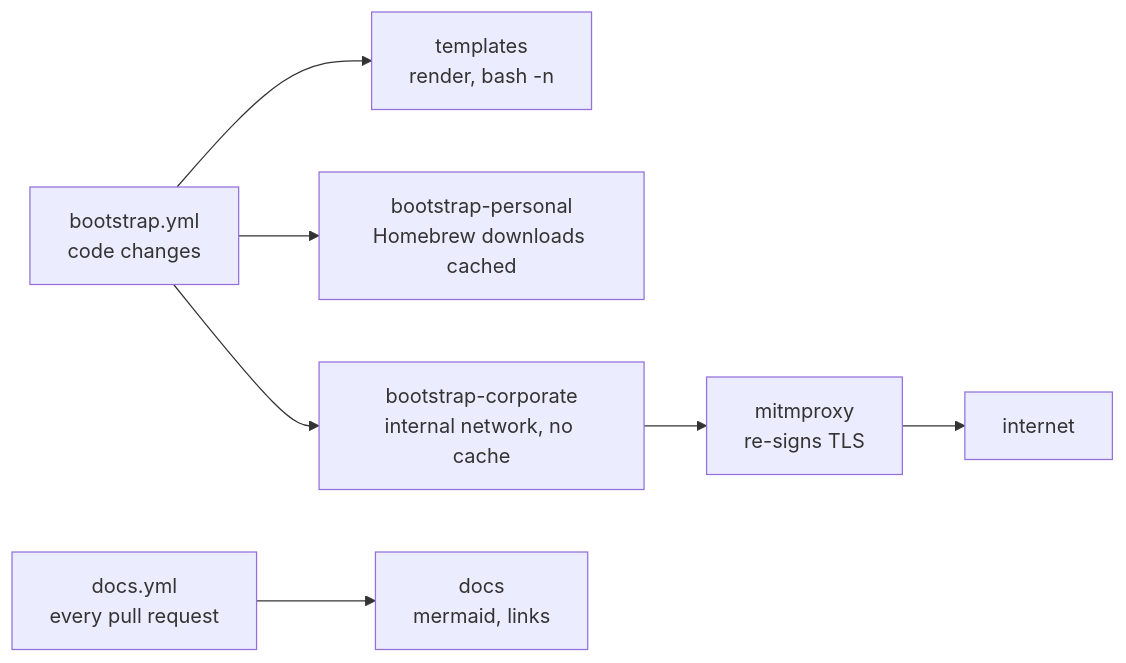
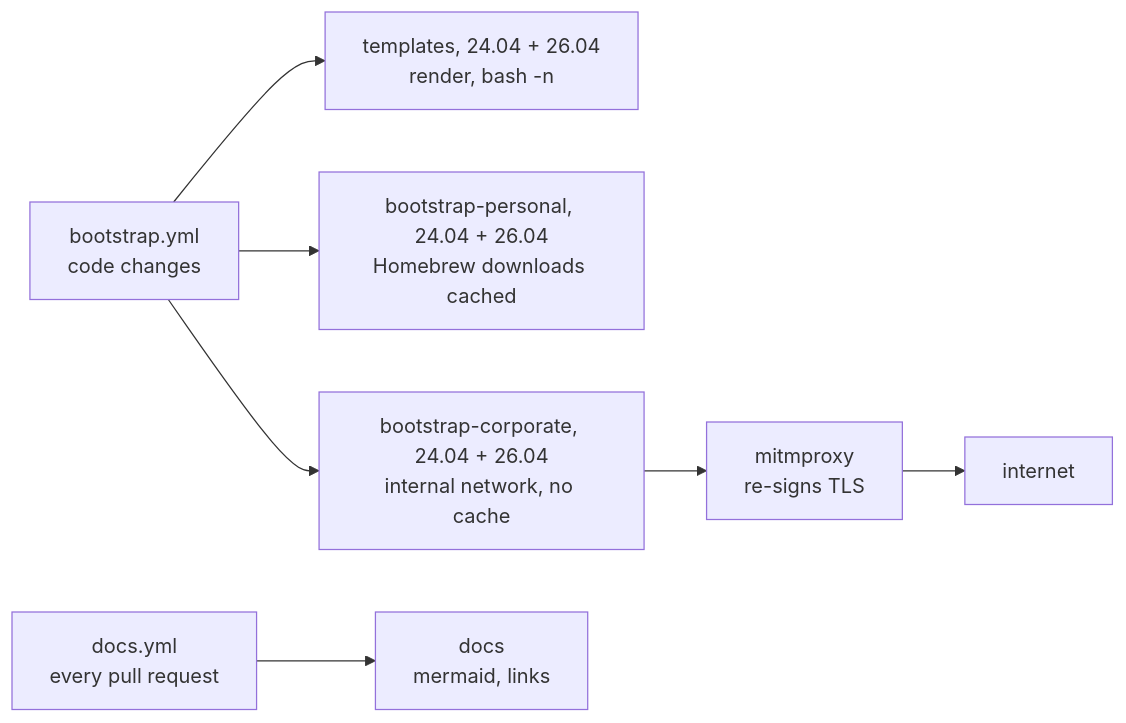
The tenth of 10 diagrams in ARCHITECTURE.md (jvspeed74/dotfiles), drawn with Mermaid before and after one commit. The commit also changed other lines of this file and 12 other files, not shown here.

````diff
--- a/ARCHITECTURE.md
+++ b/ARCHITECTURE.md
@@ -390,9 +390,9 @@
 ```mermaid
 flowchart LR
-    W["bootstrap.yml<br/>code changes"] --> T["templates<br/>render, bash -n"]
-    W --> P["bootstrap-personal<br/>Homebrew downloads cached"]
-    W --> C["bootstrap-corporate<br/>internal network, no cache"]
+    W["bootstrap.yml<br/>code changes"] --> T["templates, 24.04 + 26.04<br/>render, bash -n"]
+    W --> P["bootstrap-personal, 24.04 + 26.04<br/>Homebrew downloads cached"]
+    W --> C["bootstrap-corporate, 24.04 + 26.04<br/>internal network, no cache"]
     C --> X["mitmproxy<br/>re-signs TLS"]
     X --> I["internet"]
     W2["docs.yml<br/>every pull request"] --> D["docs<br/>mermaid, links"]
 ```
````
